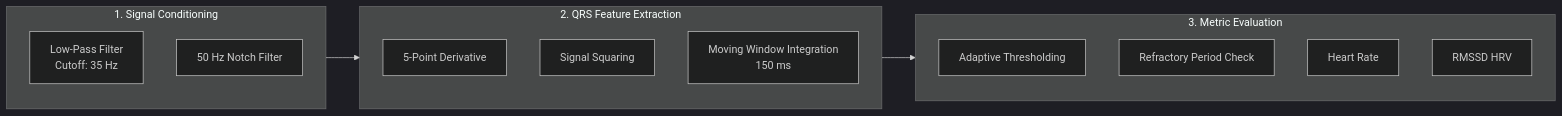
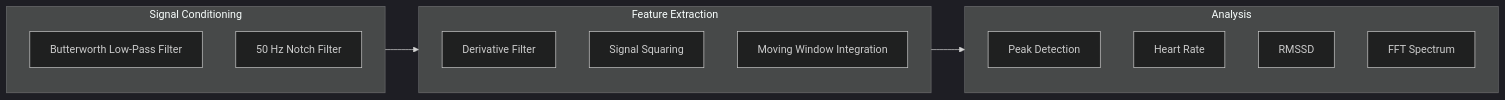
Before and after one commit to tarungowdac-1/cardiopulse: the second of 2 diagrams in README.md, drawn with Mermaid (dark theme). The commit also changed other lines of this file, not shown here.

````diff
--- a/README.md
+++ b/README.md
@@ -77,29 +64,42 @@
 ```mermaid
 flowchart LR
 
-    subgraph Stage1["1. Signal Conditioning"]
-        direction TB
-        S1A["Low-Pass Filter
-Cutoff: 35 Hz"]
-        S1B["50 Hz Notch Filter"]
-    end
+subgraph Stage1["Signal Conditioning"]
+direction TB
 
-    subgraph Stage2["2. QRS Feature Extraction"]
-        direction TB
-        S2A["5-Point Derivative"]
-        S2B["Signal Squaring"]
-        S2C["Moving Window Integration
-150 ms"]
-    end
+A["Butterworth Low-Pass Filter"]
 
-    subgraph Stage3["3. Metric Evaluation"]
-        direction TB
-        S3A["Adaptive Thresholding"]
-        S3B["Refractory Period Check"]
-        S3C["Heart Rate"]
-        S3D["RMSSD HRV"]
-    end
+B["50 Hz Notch Filter"]
 
-    Stage1 --> Stage2
-    Stage2 --> Stage3
+end
+
+subgraph Stage2["Feature Extraction"]
+
+direction TB
+
+C["Derivative Filter"]
+
+D["Signal Squaring"]
+
+E["Moving Window Integration"]
+
+end
+
+subgraph Stage3["Analysis"]
+
+direction TB
+
+F["Peak Detection"]
+
+G["Heart Rate"]
+
+H["RMSSD"]
+
+I["FFT Spectrum"]
+
+end
+
+Stage1 --> Stage2
+
+Stage2 --> Stage3
 ```
````
